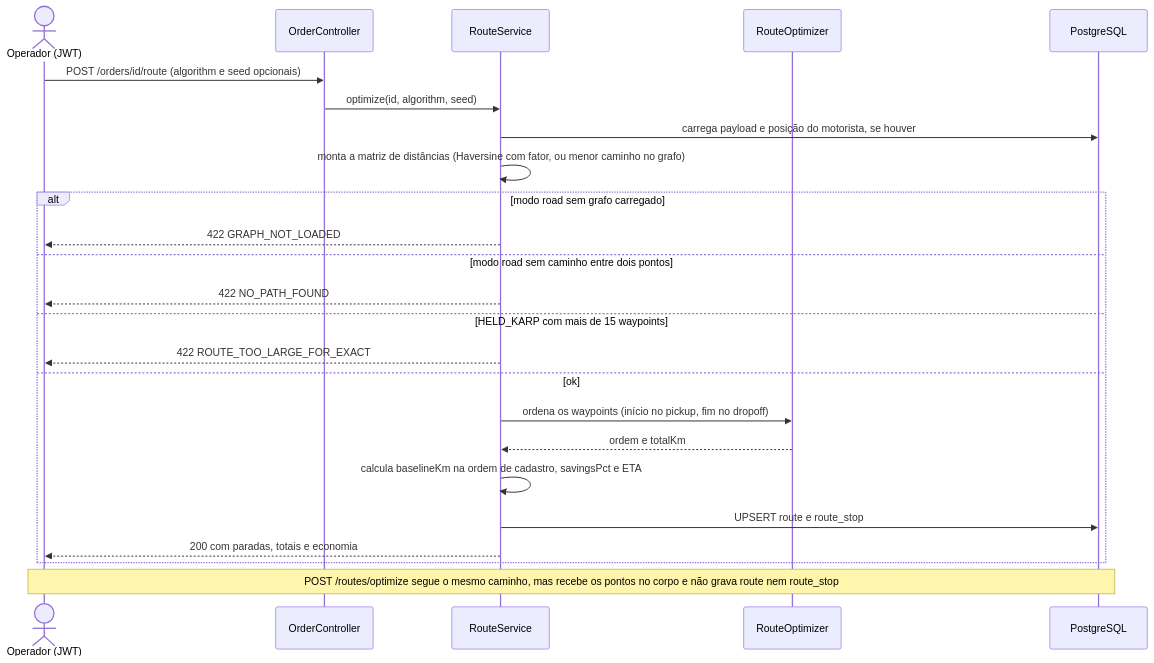
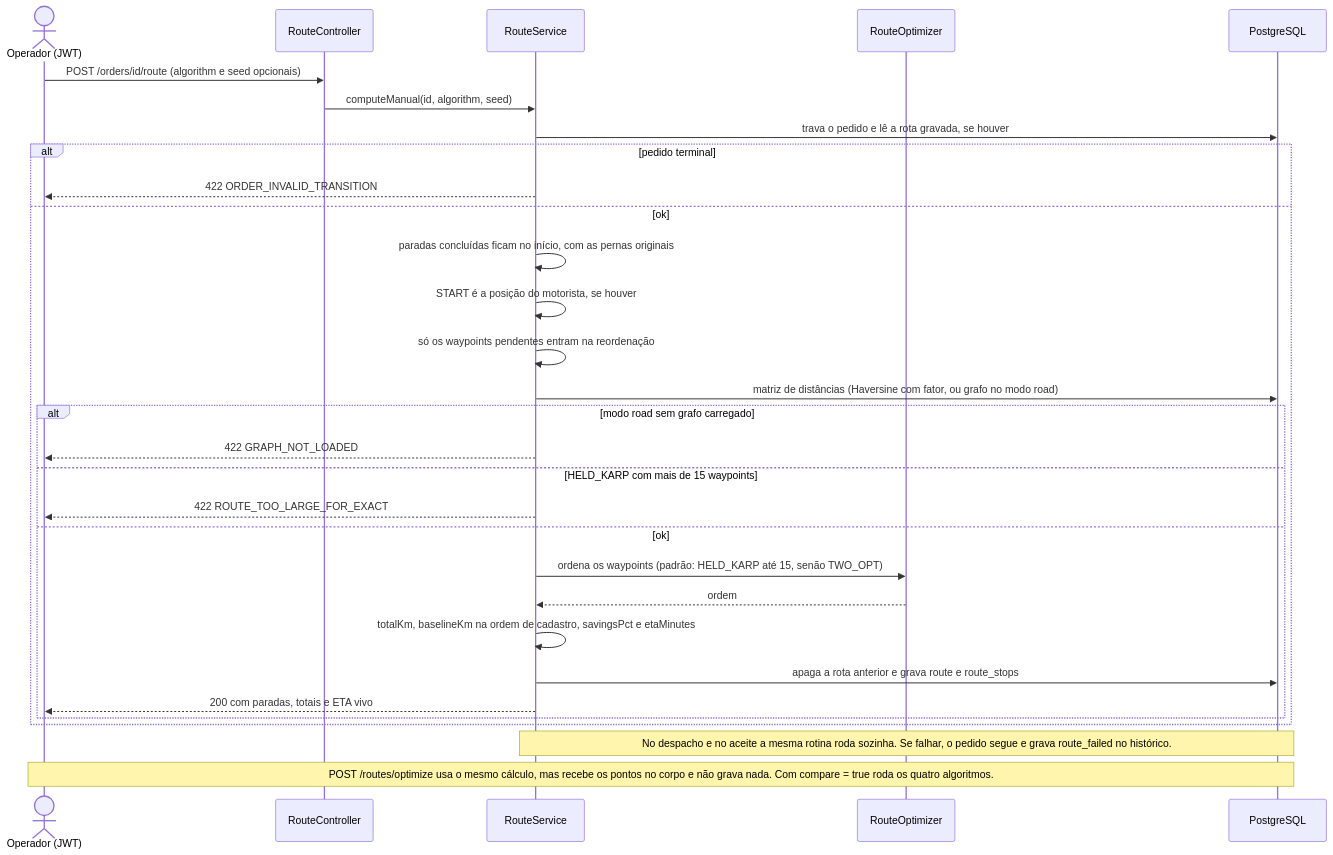
Diagram 13 of 18 in docs/flows.md (Edryck/kj-fleets), drawn with Mermaid before and after one commit. The commit also changed other lines of this file and 4 other files, not shown here.

````diff
--- a/docs/flows.md
+++ b/docs/flows.md
@@ -323,27 +328,33 @@
 ```mermaid
 sequenceDiagram
     actor Op as Operador (JWT)
-    participant C as OrderController
+    participant C as RouteController
     participant R as RouteService
     participant O as RouteOptimizer
     participant DB as PostgreSQL
 
     Op->>C: POST /orders/id/route (algorithm e seed opcionais)
-    C->>R: optimize(id, algorithm, seed)
-    R->>DB: carrega payload e posição do motorista, se houver
-    R->>R: monta a matriz de distâncias (Haversine com fator, ou menor caminho no grafo)
-    alt modo road sem grafo carregado
-        R-->>Op: 422 GRAPH_NOT_LOADED
-    else modo road sem caminho entre dois pontos
-        R-->>Op: 422 NO_PATH_FOUND
-    else HELD_KARP com mais de 15 waypoints
-        R-->>Op: 422 ROUTE_TOO_LARGE_FOR_EXACT
+    C->>R: computeManual(id, algorithm, seed)
+    R->>DB: trava o pedido e lê a rota gravada, se houver
+    alt pedido terminal
+        R-->>Op: 422 ORDER_INVALID_TRANSITION
     else ok
-        R->>O: ordena os waypoints (início no pickup, fim no dropoff)
-        O-->>R: ordem e totalKm
-        R->>R: calcula baselineKm na ordem de cadastro, savingsPct e ETA
-        R->>DB: UPSERT route e route_stop
-        R-->>Op: 200 com paradas, totais e economia
+        R->>R: paradas concluídas ficam no início, com as pernas originais
+        R->>R: START é a posição do motorista, se houver
+        R->>R: só os waypoints pendentes entram na reordenação
+        R->>DB: matriz de distâncias (Haversine com fator, ou grafo no modo road)
+        alt modo road sem grafo carregado
+            R-->>Op: 422 GRAPH_NOT_LOADED
+        else HELD_KARP com mais de 15 waypoints
+            R-->>Op: 422 ROUTE_TOO_LARGE_FOR_EXACT
+        else ok
+            R->>O: ordena os waypoints (padrão: HELD_KARP até 15, senão TWO_OPT)
+            O-->>R: ordem
+            R->>R: totalKm, baselineKm na ordem de cadastro, savingsPct e etaMinutes
+            R->>DB: apaga a rota anterior e grava route e route_stops
+            R-->>Op: 200 com paradas, totais e ETA vivo
+        end
     end
-    Note over Op,DB: POST /routes/optimize segue o mesmo caminho, mas recebe os pontos no corpo e não grava route nem route_stop
+    Note over R,DB: No despacho e no aceite a mesma rotina roda sozinha. Se falhar, o pedido segue e grava route_failed no histórico.
+    Note over Op,DB: POST /routes/optimize usa o mesmo cálculo, mas recebe os pontos no corpo e não grava nada. Com compare = true roda os quatro algoritmos.
 ```
````
